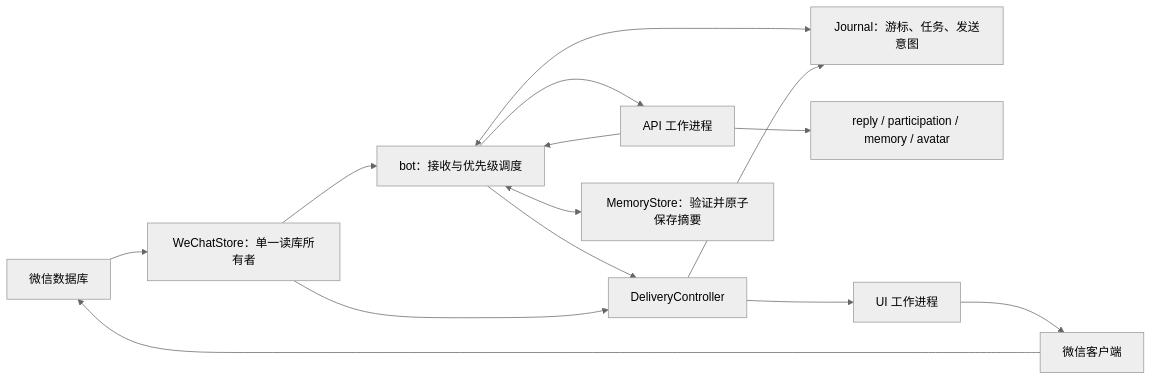
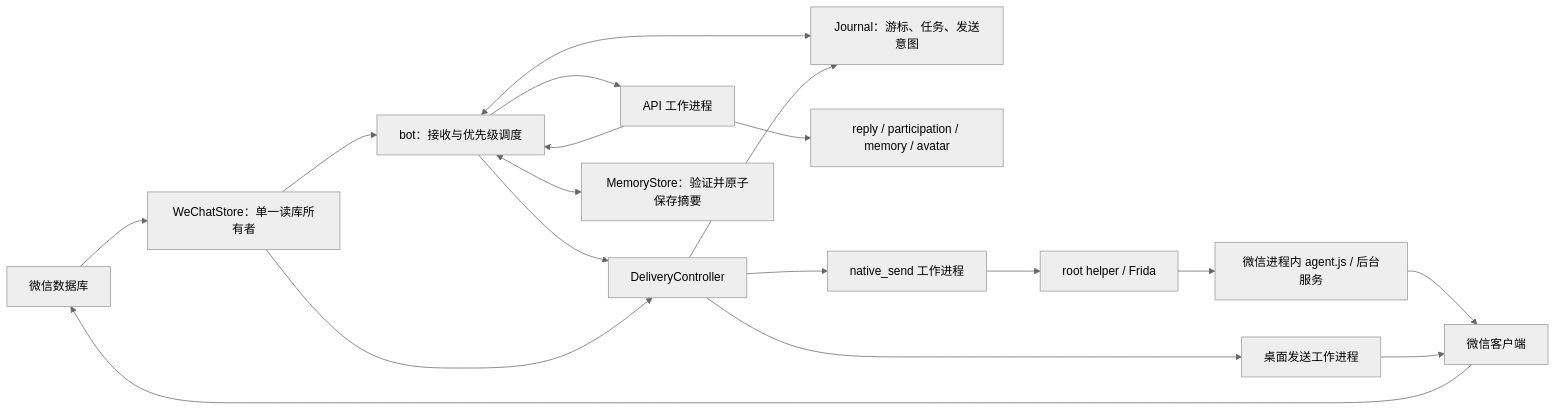
One commit to yz68ac/ds_wc changed the diagram in docs/ARCHITECTURE.md. Above: the diagram before and after it, drawn with Mermaid (neutral theme). The commit also changed other lines of this file and 51 other files, not shown here.

````diff
--- a/docs/ARCHITECTURE.md
+++ b/docs/ARCHITECTURE.md
@@ -7,16 +7,20 @@
 ```mermaid
 flowchart LR
     DB[微信数据库] --> STORE[WeChatStore：单一读库所有者]
     STORE --> BOT[bot：接收与优先级调度]
     BOT <--> QUEUE[Journal：游标、任务、发送意图]
     BOT --> API[API 工作进程]
     API --> ROLES[reply / participation / memory / avatar]
     API --> BOT
     BOT --> DELIVERY[DeliveryController]
-    DELIVERY --> UI[UI 工作进程]
+    DELIVERY --> NATIVE[native_send 工作进程]
+    NATIVE --> HELPER[root helper / Frida]
+    HELPER --> AGENT[微信进程内 agent.js / 后台服务]
+    AGENT --> WX[微信客户端]
+    DELIVERY --> UI[桌面发送工作进程]
     UI --> WX[微信客户端]
     WX --> DB
     STORE --> DELIVERY
     DELIVERY --> QUEUE
     BOT <--> MEMORY[MemoryStore：验证并原子保存摘要]
 ```
````
